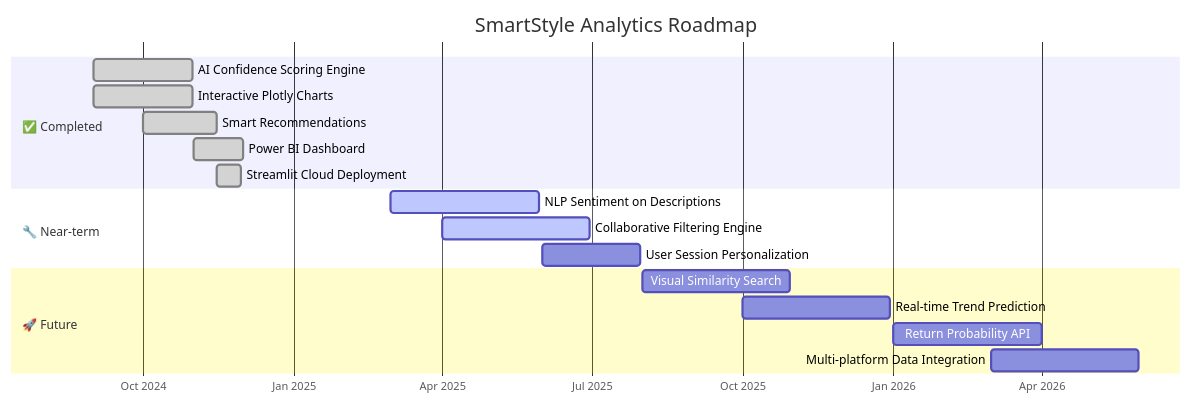
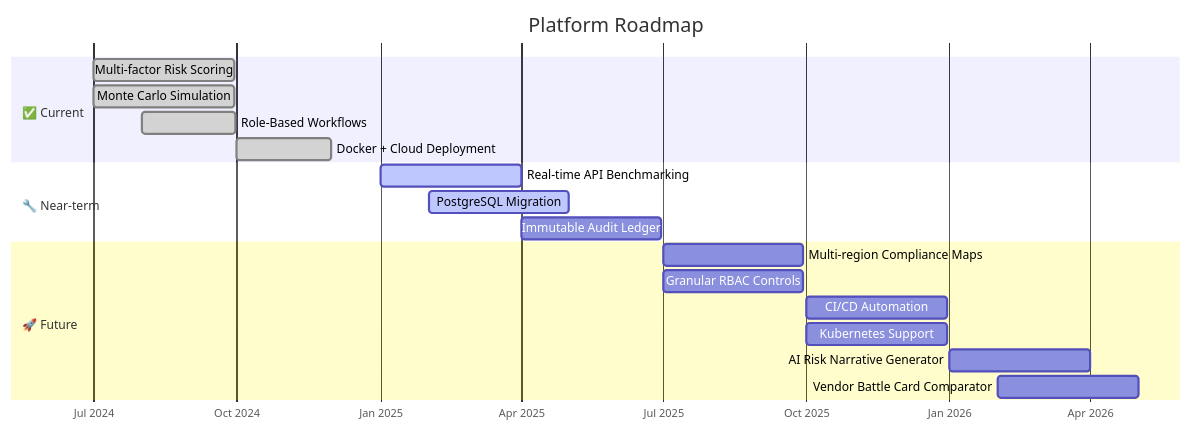
Before and after one commit to debasmita30/Enterprise-AI-Governance-Risk-Intelligence-Platform: the fourth of 4 diagrams in README.md, drawn with Mermaid. The commit also changed other lines of this file, not shown here.

````diff
--- a/README.md
+++ b/README.md
@@ -520,24 +556,25 @@
 ```mermaid
 gantt
-    title SmartStyle Analytics Roadmap
+    title Platform Roadmap
     dateFormat  YYYY-MM-DD
     axisFormat  %b %Y
 
-    section ✅ Completed
-    AI Confidence Scoring Engine     :done,    2024-09-01, 60d
-    Interactive Plotly Charts        :done,    2024-09-01, 60d
-    Smart Recommendations            :done,    2024-10-01, 45d
-    Power BI Dashboard               :done,    2024-11-01, 30d
-    Streamlit Cloud Deployment       :done,    2024-11-15, 15d
+    section ✅ Current
+    Multi-factor Risk Scoring       :done,    2024-07-01, 90d
+    Monte Carlo Simulation          :done,    2024-07-01, 90d
+    Role-Based Workflows            :done,    2024-08-01, 60d
+    Docker + Cloud Deployment       :done,    2024-10-01, 60d
 
     section 🔧 Near-term
-    NLP Sentiment on Descriptions    :active,  2025-03-01, 90d
-    Collaborative Filtering Engine   :active,  2025-04-01, 90d
-    User Session Personalization     :         2025-06-01, 60d
+    Real-time API Benchmarking      :active,  2025-01-01, 90d
+    PostgreSQL Migration            :active,  2025-02-01, 90d
+    Immutable Audit Ledger          :         2025-04-01, 90d
 
     section 🚀 Future
-    Visual Similarity Search         :         2025-08-01, 90d
-    Real-time Trend Prediction       :         2025-10-01, 90d
-    Return Probability API           :         2026-01-01, 90d
-    Multi-platform Data Integration  :         2026-03-01, 90d
+    Multi-region Compliance Maps    :         2025-07-01, 90d
+    Granular RBAC Controls          :         2025-07-01, 90d
+    CI/CD Automation                :         2025-10-01, 90d
+    Kubernetes Support              :         2025-10-01, 90d
+    AI Risk Narrative Generator     :         2026-01-01, 90d
+    Vendor Battle Card Comparator   :         2026-02-01, 90d
 ```
````
